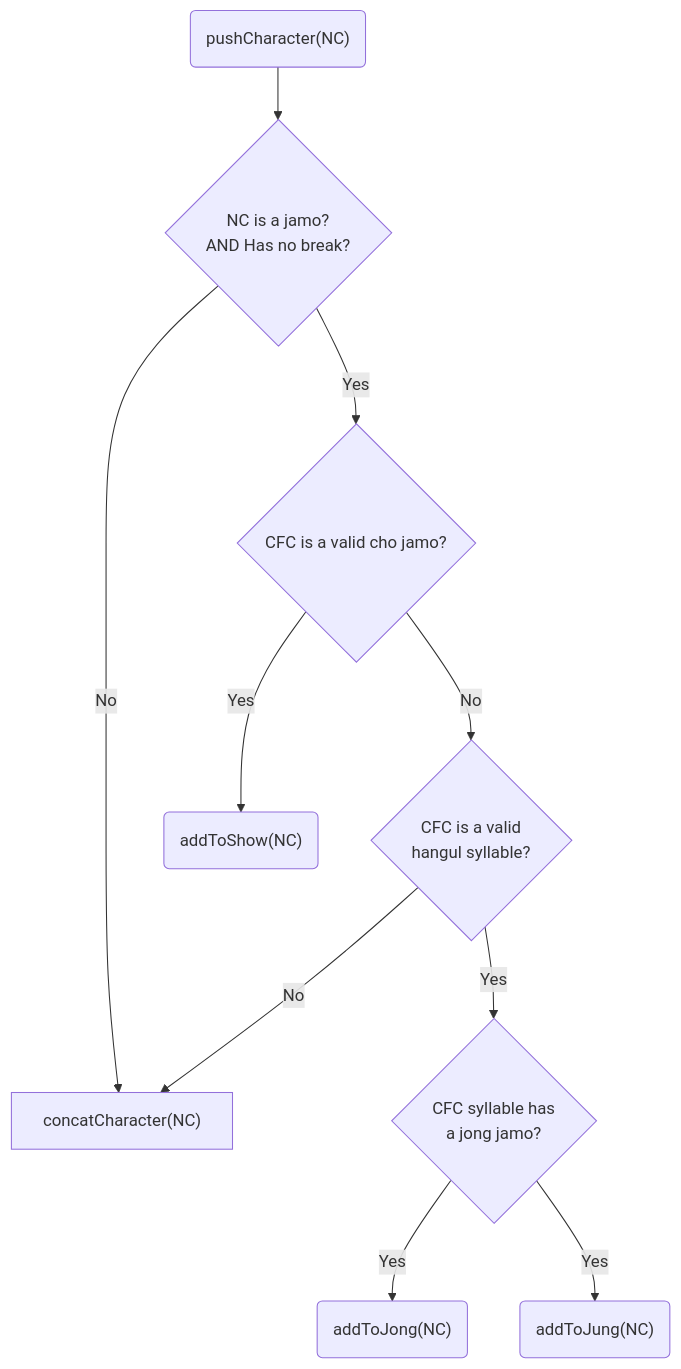
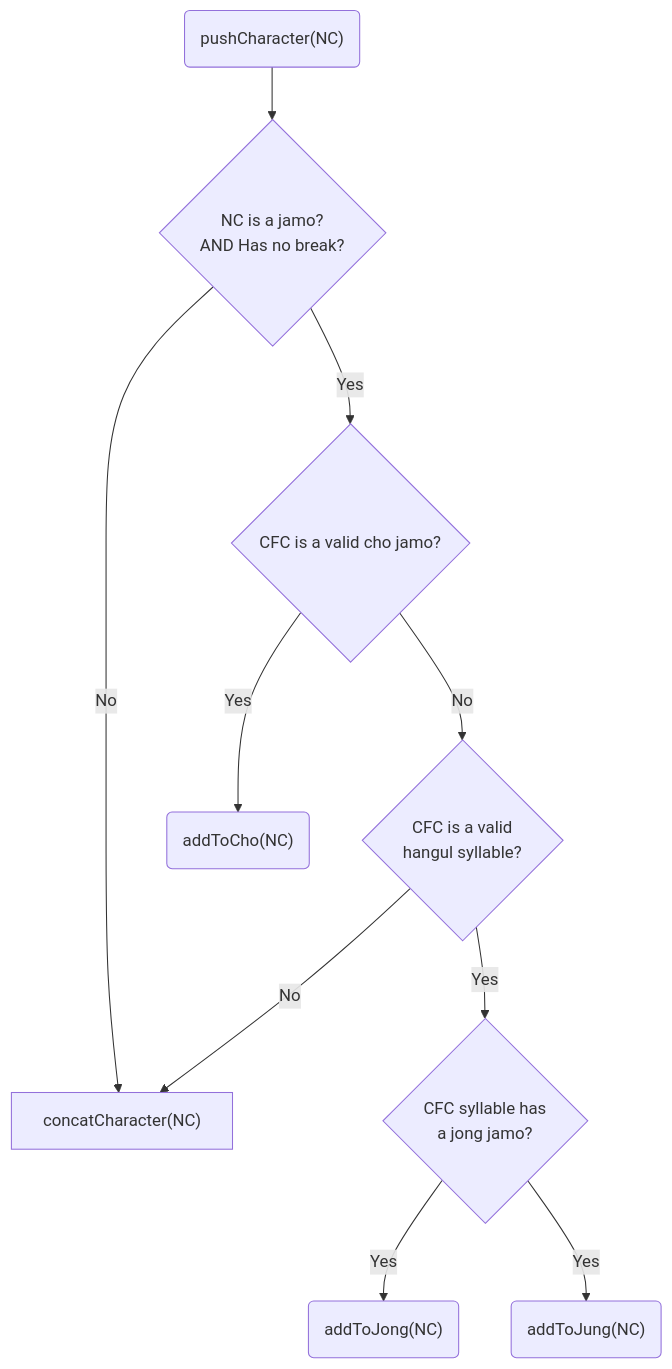
Before and after one commit to gsouf/dart-hangul: the first of 4 diagrams in doc/dev/hangul_input_flow.md, drawn with Mermaid.

````diff
--- a/doc/dev/hangul_input_flow.md
+++ b/doc/dev/hangul_input_flow.md
@@ -20,12 +20,12 @@
 ```mermaid
 graph TD
   A("pushCharacter(NC)") --> B{NC is a jamo? <br/> AND Has no break?}
   B --> |No| C["concatCharacter(NC)"]
   B --> |Yes| D{CFC is a valid cho jamo?}
-  D --> |Yes| E("addToShow(NC)")
+  D --> |Yes| E("addToCho(NC)")
   D --> |No| F{CFC is a valid<br/>hangul syllable?}
   F --> |No| C
   F --> |Yes| G{CFC syllable has<br/>a jong jamo?}
   G --> |Yes| H("addToJong(NC)")
   G --> |Yes| I("addToJung(NC)")
 ```
````
